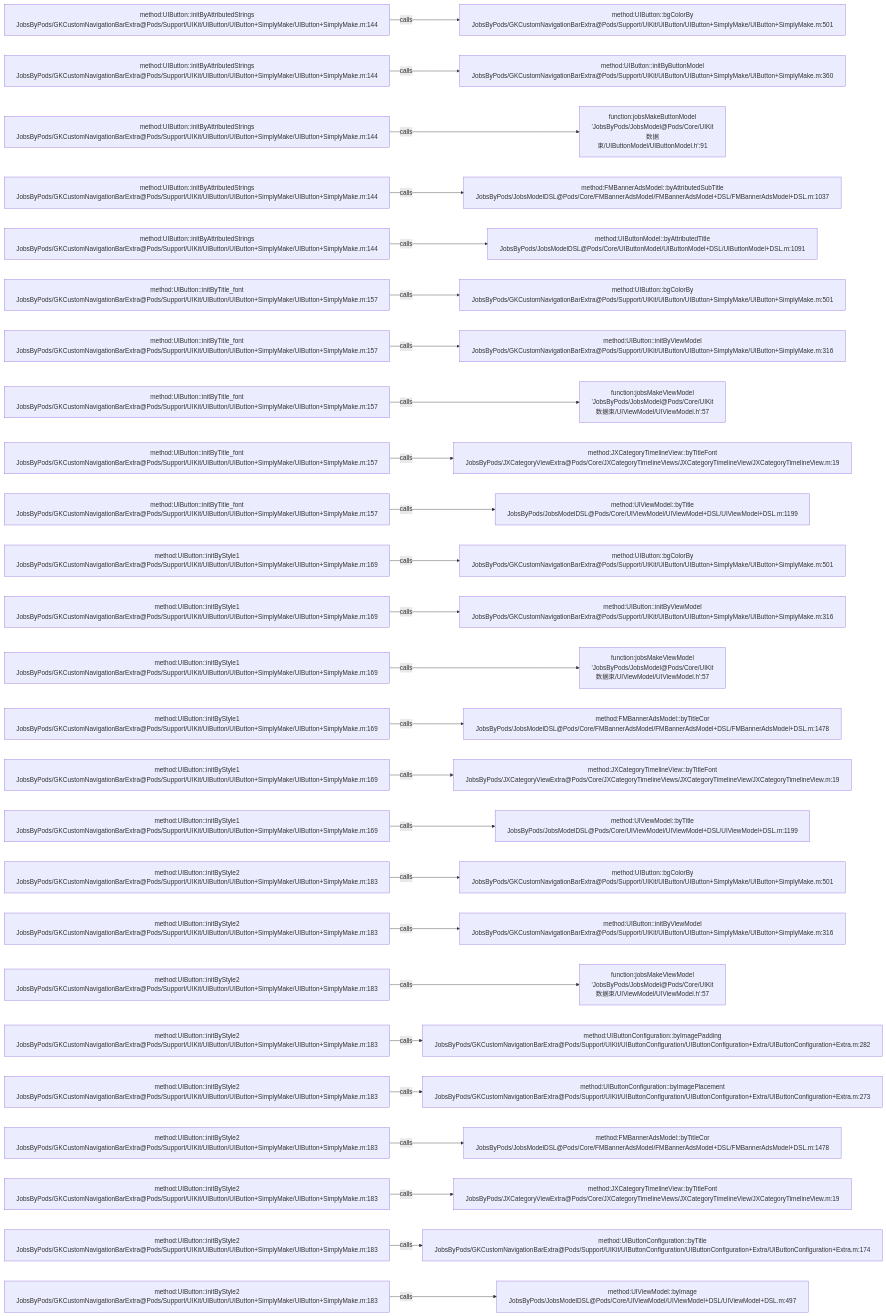
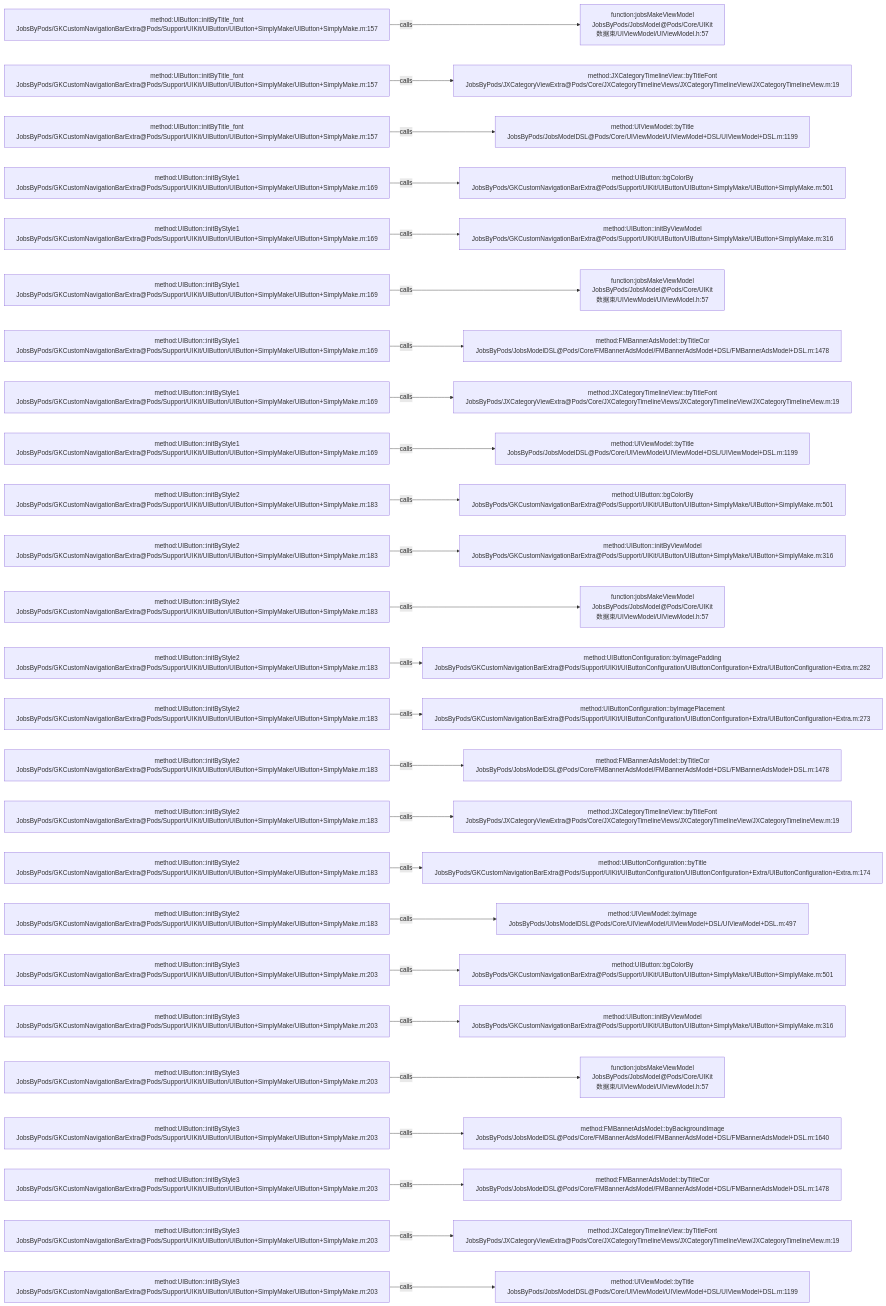
Before and after one commit to JobsKits/JobsOCBaseConfigDemo: the diagram in .codegraph/codegraph.md/graphs/calls-022.md, drawn with Mermaid. The commit also changed 223 other files, not shown here.

````diff
--- a/.codegraph/codegraph.md/graphs/calls-022.md
+++ b/.codegraph/codegraph.md/graphs/calls-022.md
@@ -13,78 +13,78 @@
 ```mermaid
 flowchart LR
-  S1["method:UIButton::initByAttributedStrings<br/>JobsByPods/GKCustomNavigationBarExtra@Pods/Support/UIKit/UIButton/UIButton+SimplyMake/UIButton+SimplyMake.m:144"]
-  T1["method:UIButton::bgColorBy<br/>JobsByPods/GKCustomNavigationBarExtra@Pods/Support/UIKit/UIButton/UIButton+SimplyMake/UIButton+SimplyMake.m:501"]
+  S1["method:UIButton::initByTitle_font<br/>JobsByPods/GKCustomNavigationBarExtra@Pods/Support/UIKit/UIButton/UIButton+SimplyMake/UIButton+SimplyMake.m:157"]
+  T1["function:jobsMakeViewModel<br/>JobsByPods/JobsModel@Pods/Core/UIKit数据束/UIViewModel/UIViewModel.h:57"]
   S1 -->|calls| T1
-  S2["method:UIButton::initByAttributedStrings<br/>JobsByPods/GKCustomNavigationBarExtra@Pods/Support/UIKit/UIButton/UIButton+SimplyMake/UIButton+SimplyMake.m:144"]
-  T2["method:UIButton::initByButtonModel<br/>JobsByPods/GKCustomNavigationBarExtra@Pods/Support/UIKit/UIButton/UIButton+SimplyMake/UIButton+SimplyMake.m:360"]
+  S2["method:UIButton::initByTitle_font<br/>JobsByPods/GKCustomNavigationBarExtra@Pods/Support/UIKit/UIButton/UIButton+SimplyMake/UIButton+SimplyMake.m:157"]
+  T2["method:JXCategoryTimelineView::byTitleFont<br/>JobsByPods/JXCategoryViewExtra@Pods/Core/JXCategoryTimelineViews/JXCategoryTimelineView/JXCategoryTimelineView.m:19"]
   S2 -->|calls| T2
-  S3["method:UIButton::initByAttributedStrings<br/>JobsByPods/GKCustomNavigationBarExtra@Pods/Support/UIKit/UIButton/UIButton+SimplyMake/UIButton+SimplyMake.m:144"]
-  T3["function:jobsMakeButtonModel<br/>'JobsByPods/JobsModel@Pods/Core/UIKit数据束/UIButtonModel/UIButtonModel.h':91"]
+  S3["method:UIButton::initByTitle_font<br/>JobsByPods/GKCustomNavigationBarExtra@Pods/Support/UIKit/UIButton/UIButton+SimplyMake/UIButton+SimplyMake.m:157"]
+  T3["method:UIViewModel::byTitle<br/>JobsByPods/JobsModelDSL@Pods/Core/UIViewModel/UIViewModel+DSL/UIViewModel+DSL.m:1199"]
   S3 -->|calls| T3
-  S4["method:UIButton::initByAttributedStrings<br/>JobsByPods/GKCustomNavigationBarExtra@Pods/Support/UIKit/UIButton/UIButton+SimplyMake/UIButton+SimplyMake.m:144"]
-  T4["method:FMBannerAdsModel::byAttributedSubTitle<br/>JobsByPods/JobsModelDSL@Pods/Core/FMBannerAdsModel/FMBannerAdsModel+DSL/FMBannerAdsModel+DSL.m:1037"]
+  S4["method:UIButton::initByStyle1<br/>JobsByPods/GKCustomNavigationBarExtra@Pods/Support/UIKit/UIButton/UIButton+SimplyMake/UIButton+SimplyMake.m:169"]
+  T4["method:UIButton::bgColorBy<br/>JobsByPods/GKCustomNavigationBarExtra@Pods/Support/UIKit/UIButton/UIButton+SimplyMake/UIButton+SimplyMake.m:501"]
   S4 -->|calls| T4
-  S5["method:UIButton::initByAttributedStrings<br/>JobsByPods/GKCustomNavigationBarExtra@Pods/Support/UIKit/UIButton/UIButton+SimplyMake/UIButton+SimplyMake.m:144"]
-  T5["method:UIButtonModel::byAttributedTitle<br/>JobsByPods/JobsModelDSL@Pods/Core/UIButtonModel/UIButtonModel+DSL/UIButtonModel+DSL.m:1091"]
+  S5["method:UIButton::initByStyle1<br/>JobsByPods/GKCustomNavigationBarExtra@Pods/Support/UIKit/UIButton/UIButton+SimplyMake/UIButton+SimplyMake.m:169"]
+  T5["method:UIButton::initByViewModel<br/>JobsByPods/GKCustomNavigationBarExtra@Pods/Support/UIKit/UIButton/UIButton+SimplyMake/UIButton+SimplyMake.m:316"]
   S5 -->|calls| T5
-  S6["method:UIButton::initByTitle_font<br/>JobsByPods/GKCustomNavigationBarExtra@Pods/Support/UIKit/UIButton/UIButton+SimplyMake/UIButton+SimplyMake.m:157"]
-  T6["method:UIButton::bgColorBy<br/>JobsByPods/GKCustomNavigationBarExtra@Pods/Support/UIKit/UIButton/UIButton+SimplyMake/UIButton+SimplyMake.m:501"]
+  S6["method:UIButton::initByStyle1<br/>JobsByPods/GKCustomNavigationBarExtra@Pods/Support/UIKit/UIButton/UIButton+SimplyMake/UIButton+SimplyMake.m:169"]
+  T6["function:jobsMakeViewModel<br/>JobsByPods/JobsModel@Pods/Core/UIKit数据束/UIViewModel/UIViewModel.h:57"]
   S6 -->|calls| T6
-  S7["method:UIButton::initByTitle_font<br/>JobsByPods/GKCustomNavigationBarExtra@Pods/Support/UIKit/UIButton/UIButton+SimplyMake/UIButton+SimplyMake.m:157"]
-  T7["method:UIButton::initByViewModel<br/>JobsByPods/GKCustomNavigationBarExtra@Pods/Support/UIKit/UIButton/UIButton+SimplyMake/UIButton+SimplyMake.m:316"]
+  S7["method:UIButton::initByStyle1<br/>JobsByPods/GKCustomNavigationBarExtra@Pods/Support/UIKit/UIButton/UIButton+SimplyMake/UIButton+SimplyMake.m:169"]
+  T7["method:FMBannerAdsModel::byTitleCor<br/>JobsByPods/JobsModelDSL@Pods/Core/FMBannerAdsModel/FMBannerAdsModel+DSL/FMBannerAdsModel+DSL.m:1478"]
   S7 -->|calls| T7
-  S8["method:UIButton::initByTitle_font<br/>JobsByPods/GKCustomNavigationBarExtra@Pods/Support/UIKit/UIButton/UIButton+SimplyMake/UIButton+SimplyMake.m:157"]
-  T8["function:jobsMakeViewModel<br/>'JobsByPods/JobsModel@Pods/Core/UIKit数据束/UIViewModel/UIViewModel.h':57"]
+  S8["method:UIButton::initByStyle1<br/>JobsByPods/GKCustomNavigationBarExtra@Pods/Support/UIKit/UIButton/UIButton+SimplyMake/UIButton+SimplyMake.m:169"]
+  T8["method:JXCategoryTimelineView::byTitleFont<br/>JobsByPods/JXCategoryViewExtra@Pods/Core/JXCategoryTimelineViews/JXCategoryTimelineView/JXCategoryTimelineView.m:19"]
   S8 -->|calls| T8
-  S9["method:UIButton::initByTitle_font<br/>JobsByPods/GKCustomNavigationBarExtra@Pods/Support/UIKit/UIButton/UIButton+SimplyMake/UIButton+SimplyMake.m:157"]
-  T9["method:JXCategoryTimelineView::byTitleFont<br/>JobsByPods/JXCategoryViewExtra@Pods/Core/JXCategoryTimelineViews/JXCategoryTimelineView/JXCategoryTimelineView.m:19"]
+  S9["method:UIButton::initByStyle1<br/>JobsByPods/GKCustomNavigationBarExtra@Pods/Support/UIKit/UIButton/UIButton+SimplyMake/UIButton+SimplyMake.m:169"]
+  T9["method:UIViewModel::byTitle<br/>JobsByPods/JobsModelDSL@Pods/Core/UIViewModel/UIViewModel+DSL/UIViewModel+DSL.m:1199"]
   S9 -->|calls| T9
-  S10["method:UIButton::initByTitle_font<br/>JobsByPods/GKCustomNavigationBarExtra@Pods/Support/UIKit/UIButton/UIButton+SimplyMake/UIButton+SimplyMake.m:157"]
-  T10["method:UIViewModel::byTitle<br/>JobsByPods/JobsModelDSL@Pods/Core/UIViewModel/UIViewModel+DSL/UIViewModel+DSL.m:1199"]
+  S10["method:UIButton::initByStyle2<br/>JobsByPods/GKCustomNavigationBarExtra@Pods/Support/UIKit/UIButton/UIButton+SimplyMake/UIButton+SimplyMake.m:183"]
+  T10["method:UIButton::bgColorBy<br/>JobsByPods/GKCustomNavigationBarExtra@Pods/Support/UIKit/UIButton/UIButton+SimplyMake/UIButton+SimplyMake.m:501"]
   S10 -->|calls| T10
-  S11["method:UIButton::initByStyle1<br/>JobsByPods/GKCustomNavigationBarExtra@Pods/Support/UIKit/UIButton/UIButton+SimplyMake/UIButton+SimplyMake.m:169"]
-  T11["method:UIButton::bgColorBy<br/>JobsByPods/GKCustomNavigationBarExtra@Pods/Support/UIKit/UIButton/UIButton+SimplyMake/UIButton+SimplyMake.m:501"]
+  S11["method:UIButton::initByStyle2<br/>JobsByPods/GKCustomNavigationBarExtra@Pods/Support/UIKit/UIButton/UIButton+SimplyMake/UIButton+SimplyMake.m:183"]
+  T11["method:UIButton::initByViewModel<br/>JobsByPods/GKCustomNavigationBarExtra@Pods/Support/UIKit/UIButton/UIButton+SimplyMake/UIButton+SimplyMake.m:316"]
   S11 -->|calls| T11
-  S12["method:UIButton::initByStyle1<br/>JobsByPods/GKCustomNavigationBarExtra@Pods/Support/UIKit/UIButton/UIButton+SimplyMake/UIButton+SimplyMake.m:169"]
-  T12["method:UIButton::initByViewModel<br/>JobsByPods/GKCustomNavigationBarExtra@Pods/Support/UIKit/UIButton/UIButton+SimplyMake/UIButton+SimplyMake.m:316"]
+  S12["method:UIButton::initByStyle2<br/>JobsByPods/GKCustomNavigationBarExtra@Pods/Support/UIKit/UIButton/UIButton+SimplyMake/UIButton+SimplyMake.m:183"]
+  T12["function:jobsMakeViewModel<br/>JobsByPods/JobsModel@Pods/Core/UIKit数据束/UIViewModel/UIViewModel.h:57"]
   S12 -->|calls| T12
-  S13["method:UIButton::initByStyle1<br/>JobsByPods/GKCustomNavigationBarExtra@Pods/Support/UIKit/UIButton/UIButton+SimplyMake/UIButton+SimplyMake.m:169"]
-  T13["function:jobsMakeViewModel<br/>'JobsByPods/JobsModel@Pods/Core/UIKit数据束/UIViewModel/UIViewModel.h':57"]
+  S13["method:UIButton::initByStyle2<br/>JobsByPods/GKCustomNavigationBarExtra@Pods/Support/UIKit/UIButton/UIButton+SimplyMake/UIButton+SimplyMake.m:183"]
+  T13["method:UIButtonConfiguration::byImagePadding<br/>JobsByPods/GKCustomNavigationBarExtra@Pods/Support/UIKit/UIButtonConfiguration/UIButtonConfiguration+Extra/UIButtonConfiguration+Extra.m:282"]
   S13 -->|calls| T13
-  S14["method:UIButton::initByStyle1<br/>JobsByPods/GKCustomNavigationBarExtra@Pods/Support/UIKit/UIButton/UIButton+SimplyMake/UIButton+SimplyMake.m:169"]
-  T14["method:FMBannerAdsModel::byTitleCor<br/>JobsByPods/JobsModelDSL@Pods/Core/FMBannerAdsModel/FMBannerAdsModel+DSL/FMBannerAdsModel+DSL.m:1478"]
+  S14["method:UIButton::initByStyle2<br/>JobsByPods/GKCustomNavigationBarExtra@Pods/Support/UIKit/UIButton/UIButton+SimplyMake/UIButton+SimplyMake.m:183"]
+  T14["method:UIButtonConfiguration::byImagePlacement<br/>JobsByPods/GKCustomNavigationBarExtra@Pods/Support/UIKit/UIButtonConfiguration/UIButtonConfiguration+Extra/UIButtonConfiguration+Extra.m:273"]
   S14 -->|calls| T14
-  S15["method:UIButton::initByStyle1<br/>JobsByPods/GKCustomNavigationBarExtra@Pods/Support/UIKit/UIButton/UIButton+SimplyMake/UIButton+SimplyMake.m:169"]
-  T15["method:JXCategoryTimelineView::byTitleFont<br/>JobsByPods/JXCategoryViewExtra@Pods/Core/JXCategoryTimelineViews/JXCategoryTimelineView/JXCategoryTimelineView.m:19"]
+  S15["method:UIButton::initByStyle2<br/>JobsByPods/GKCustomNavigationBarExtra@Pods/Support/UIKit/UIButton/UIButton+SimplyMake/UIButton+SimplyMake.m:183"]
+  T15["method:FMBannerAdsModel::byTitleCor<br/>JobsByPods/JobsModelDSL@Pods/Core/FMBannerAdsModel/FMBannerAdsModel+DSL/FMBannerAdsModel+DSL.m:1478"]
   S15 -->|calls| T15
-  S16["method:UIButton::initByStyle1<br/>JobsByPods/GKCustomNavigationBarExtra@Pods/Support/UIKit/UIButton/UIButton+SimplyMake/UIButton+SimplyMake.m:169"]
-  T16["method:UIViewModel::byTitle<br/>JobsByPods/JobsModelDSL@Pods/Core/UIViewModel/UIViewModel+DSL/UIViewModel+DSL.m:1199"]
+  S16["method:UIButton::initByStyle2<br/>JobsByPods/GKCustomNavigationBarExtra@Pods/Support/UIKit/UIButton/UIButton+SimplyMake/UIButton+SimplyMake.m:183"]
+  T16["method:JXCategoryTimelineView::byTitleFont<br/>JobsByPods/JXCategoryViewExtra@Pods/Core/JXCategoryTimelineViews/JXCategoryTimelineView/JXCategoryTimelineView.m:19"]
   S16 -->|calls| T16
   S17["method:UIButton::initByStyle2<br/>JobsByPods/GKCustomNavigationBarExtra@Pods/Support/UIKit/UIButton/UIButton+SimplyMake/UIButton+SimplyMake.m:183"]
-  T17["method:UIButton::bgColorBy<br/>JobsByPods/GKCustomNavigationBarExtra@Pods/Support/UIKit/UIButton/UIButton+SimplyMake/UIButton+SimplyMake.m:501"]
+  T17["method:UIButtonConfiguration::byTitle<br/>JobsByPods/GKCustomNavigationBarExtra@Pods/Support/UIKit/UIButtonConfiguration/UIButtonConfiguration+Extra/UIButtonConfiguration+Extra.m:174"]
   S17 -->|calls| T17
   S18["method:UIButton::initByStyle2<br/>JobsByPods/GKCustomNavigationBarExtra@Pods/Support/UIKit/UIButton/UIButton+SimplyMake/UIButton+SimplyMake.m:183"]
-  T18["method:UIButton::initByViewModel<br/>JobsByPods/GKCustomNavigationBarExtra@Pods/Support/UIKit/UIButton/UIButton+SimplyMake/UIButton+SimplyMake.m:316"]
+  T18["method:UIViewModel::byImage<br/>JobsByPods/JobsModelDSL@Pods/Core/UIViewModel/UIViewModel+DSL/UIViewModel+DSL.m:497"]
   S18 -->|calls| T18
-  S19["method:UIButton::initByStyle2<br/>JobsByPods/GKCustomNavigationBarExtra@Pods/Support/UIKit/UIButton/UIButton+SimplyMake/UIButton+SimplyMake.m:183"]
-  T19["function:jobsMakeViewModel<br/>'JobsByPods/JobsModel@Pods/Core/UIKit数据束/UIViewModel/UIViewModel.h':57"]
+  S19["method:UIButton::initByStyle3<br/>JobsByPods/GKCustomNavigationBarExtra@Pods/Support/UIKit/UIButton/UIButton+SimplyMake/UIButton+SimplyMake.m:203"]
+  T19["method:UIButton::bgColorBy<br/>JobsByPods/GKCustomNavigationBarExtra@Pods/Support/UIKit/UIButton/UIButton+SimplyMake/UIButton+SimplyMake.m:501"]
   S19 -->|calls| T19
-  S20["method:UIButton::initByStyle2<br/>JobsByPods/GKCustomNavigationBarExtra@Pods/Support/UIKit/UIButton/UIButton+SimplyMake/UIButton+SimplyMake.m:183"]
-  T20["method:UIButtonConfiguration::byImagePadding<br/>JobsByPods/GKCustomNavigationBarExtra@Pods/Support/UIKit/UIButtonConfiguration/UIButtonConfiguration+Extra/UIButtonConfiguration+Extra.m:282"]
+  S20["method:UIButton::initByStyle3<br/>JobsByPods/GKCustomNavigationBarExtra@Pods/Support/UIKit/UIButton/UIButton+SimplyMake/UIButton+SimplyMake.m:203"]
+  T20["method:UIButton::initByViewModel<br/>JobsByPods/GKCustomNavigationBarExtra@Pods/Support/UIKit/UIButton/UIButton+SimplyMake/UIButton+SimplyMake.m:316"]
   S20 -->|calls| T20
-  S21["method:UIButton::initByStyle2<br/>JobsByPods/GKCustomNavigationBarExtra@Pods/Support/UIKit/UIButton/UIButton+SimplyMake/UIButton+SimplyMake.m:183"]
-  T21["method:UIButtonConfiguration::byImagePlacement<br/>JobsByPods/GKCustomNavigationBarExtra@Pods/Support/UIKit/UIButtonConfiguration/UIButtonConfiguration+Extra/UIButtonConfiguration+Extra.m:273"]
+  S21["method:UIButton::initByStyle3<br/>JobsByPods/GKCustomNavigationBarExtra@Pods/Support/UIKit/UIButton/UIButton+SimplyMake/UIButton+SimplyMake.m:203"]
+  T21["function:jobsMakeViewModel<br/>JobsByPods/JobsModel@Pods/Core/UIKit数据束/UIViewModel/UIViewModel.h:57"]
   S21 -->|calls| T21
-  S22["method:UIButton::initByStyle2<br/>JobsByPods/GKCustomNavigationBarExtra@Pods/Support/UIKit/UIButton/UIButton+SimplyMake/UIButton+SimplyMake.m:183"]
-  T22["method:FMBannerAdsModel::byTitleCor<br/>JobsByPods/JobsModelDSL@Pods/Core/FMBannerAdsModel/FMBannerAdsModel+DSL/FMBannerAdsModel+DSL.m:1478"]
+  S22["method:UIButton::initByStyle3<br/>JobsByPods/GKCustomNavigationBarExtra@Pods/Support/UIKit/UIButton/UIButton+SimplyMake/UIButton+SimplyMake.m:203"]
+  T22["method:FMBannerAdsModel::byBackgroundImage<br/>JobsByPods/JobsModelDSL@Pods/Core/FMBannerAdsModel/FMBannerAdsModel+DSL/FMBannerAdsModel+DSL.m:1640"]
   S22 -->|calls| T22
-  S23["method:UIButton::initByStyle2<br/>JobsByPods/GKCustomNavigationBarExtra@Pods/Support/UIKit/UIButton/UIButton+SimplyMake/UIButton+SimplyMake.m:183"]
-  T23["method:JXCategoryTimelineView::byTitleFont<br/>JobsByPods/JXCategoryViewExtra@Pods/Core/JXCategoryTimelineViews/JXCategoryTimelineView/JXCategoryTimelineView.m:19"]
+  S23["method:UIButton::initByStyle3<br/>JobsByPods/GKCustomNavigationBarExtra@Pods/Support/UIKit/UIButton/UIButton+SimplyMake/UIButton+SimplyMake.m:203"]
+  T23["method:FMBannerAdsModel::byTitleCor<br/>JobsByPods/JobsModelDSL@Pods/Core/FMBannerAdsModel/FMBannerAdsModel+DSL/FMBannerAdsModel+DSL.m:1478"]
   S23 -->|calls| T23
-  S24["method:UIButton::initByStyle2<br/>JobsByPods/GKCustomNavigationBarExtra@Pods/Support/UIKit/UIButton/UIButton+SimplyMake/UIButton+SimplyMake.m:183"]
-  T24["method:UIButtonConfiguration::byTitle<br/>JobsByPods/GKCustomNavigationBarExtra@Pods/Support/UIKit/UIButtonConfiguration/UIButtonConfiguration+Extra/UIButtonConfiguration+Extra.m:174"]
+  S24["method:UIButton::initByStyle3<br/>JobsByPods/GKCustomNavigationBarExtra@Pods/Support/UIKit/UIButton/UIButton+SimplyMake/UIButton+SimplyMake.m:203"]
+  T24["method:JXCategoryTimelineView::byTitleFont<br/>JobsByPods/JXCategoryViewExtra@Pods/Core/JXCategoryTimelineViews/JXCategoryTimelineView/JXCategoryTimelineView.m:19"]
   S24 -->|calls| T24
-  S25["method:UIButton::initByStyle2<br/>JobsByPods/GKCustomNavigationBarExtra@Pods/Support/UIKit/UIButton/UIButton+SimplyMake/UIButton+SimplyMake.m:183"]
-  T25["method:UIViewModel::byImage<br/>JobsByPods/JobsModelDSL@Pods/Core/UIViewModel/UIViewModel+DSL/UIViewModel+DSL.m:497"]
+  S25["method:UIButton::initByStyle3<br/>JobsByPods/GKCustomNavigationBarExtra@Pods/Support/UIKit/UIButton/UIButton+SimplyMake/UIButton+SimplyMake.m:203"]
+  T25["method:UIViewModel::byTitle<br/>JobsByPods/JobsModelDSL@Pods/Core/UIViewModel/UIViewModel+DSL/UIViewModel+DSL.m:1199"]
   S25 -->|calls| T25
 ```
````
